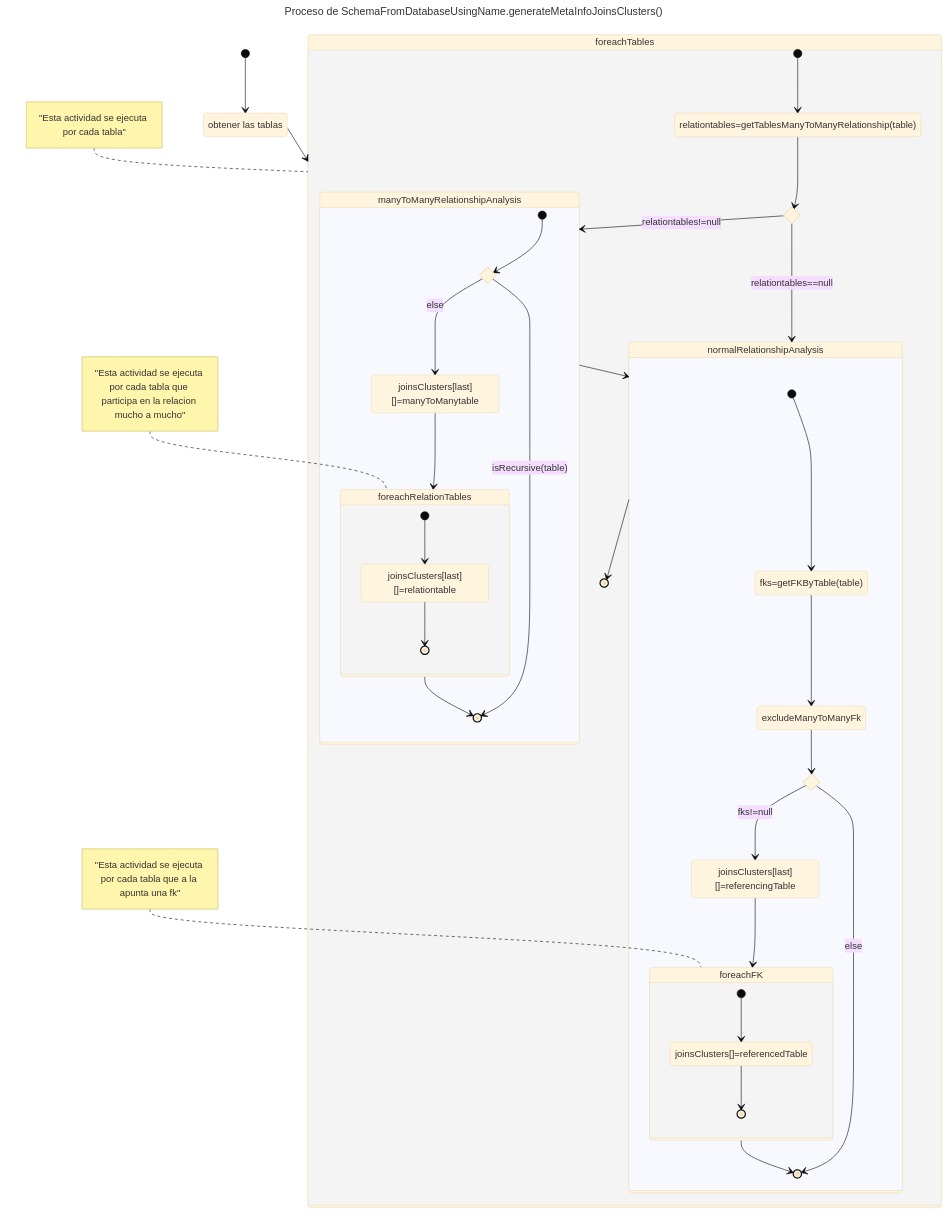
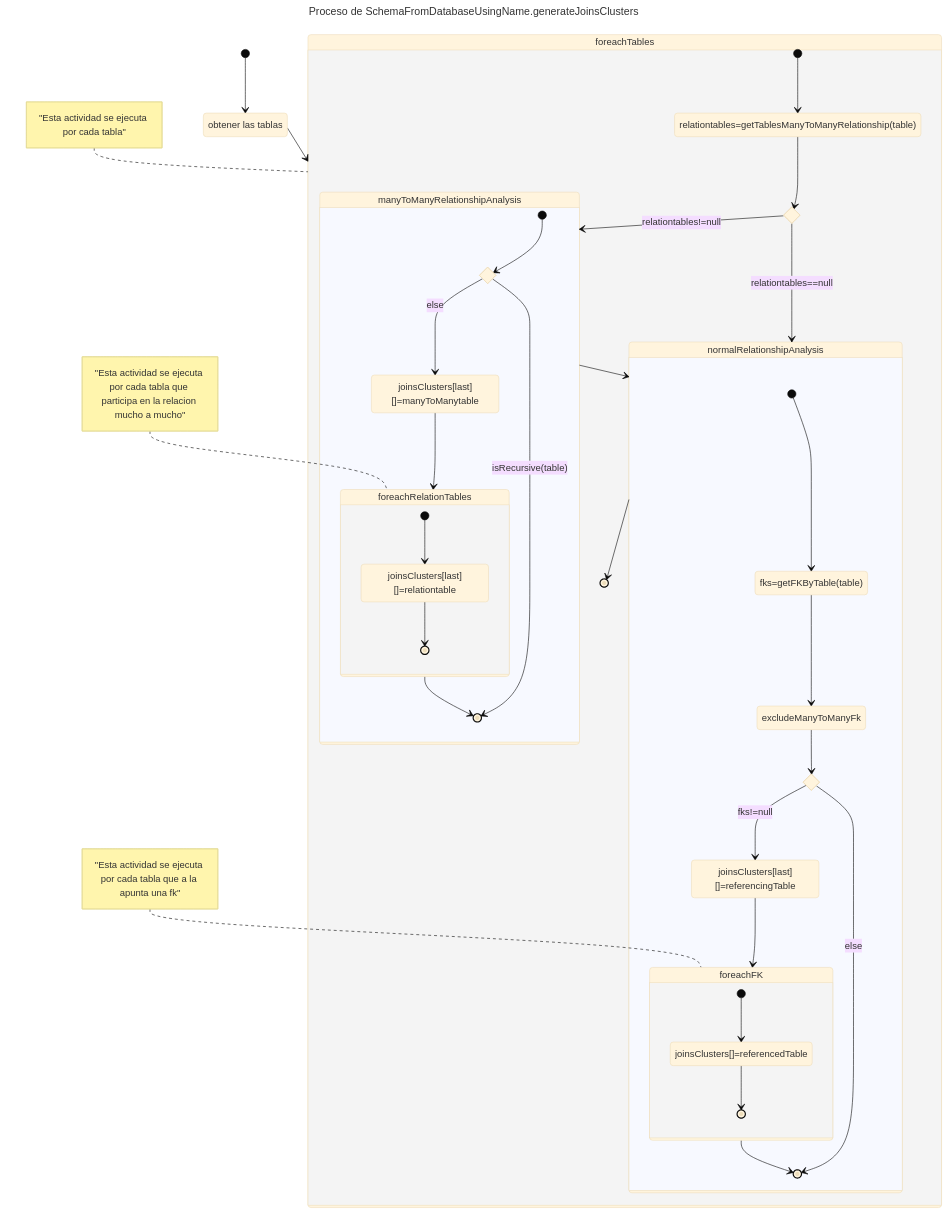
One commit to israeldavidvm/database-auditor changed the second of 3 diagrams in README.md. Above: the diagram before and after it, drawn with Mermaid (base theme). The commit also changed other lines of this file and 1 other file, not shown here.

````diff
--- a/README.md
+++ b/README.md
@@ -145,6 +147,6 @@
 ``` mermaid
 ---
-title: Proceso de SchemaFromDatabaseUsingName.generateMetaInfoJoinsClusters()
+title: Proceso de SchemaFromDatabaseUsingName.generateJoinsClusters
 ---
 stateDiagram-v2
     getTables: obtener las tablas
````
